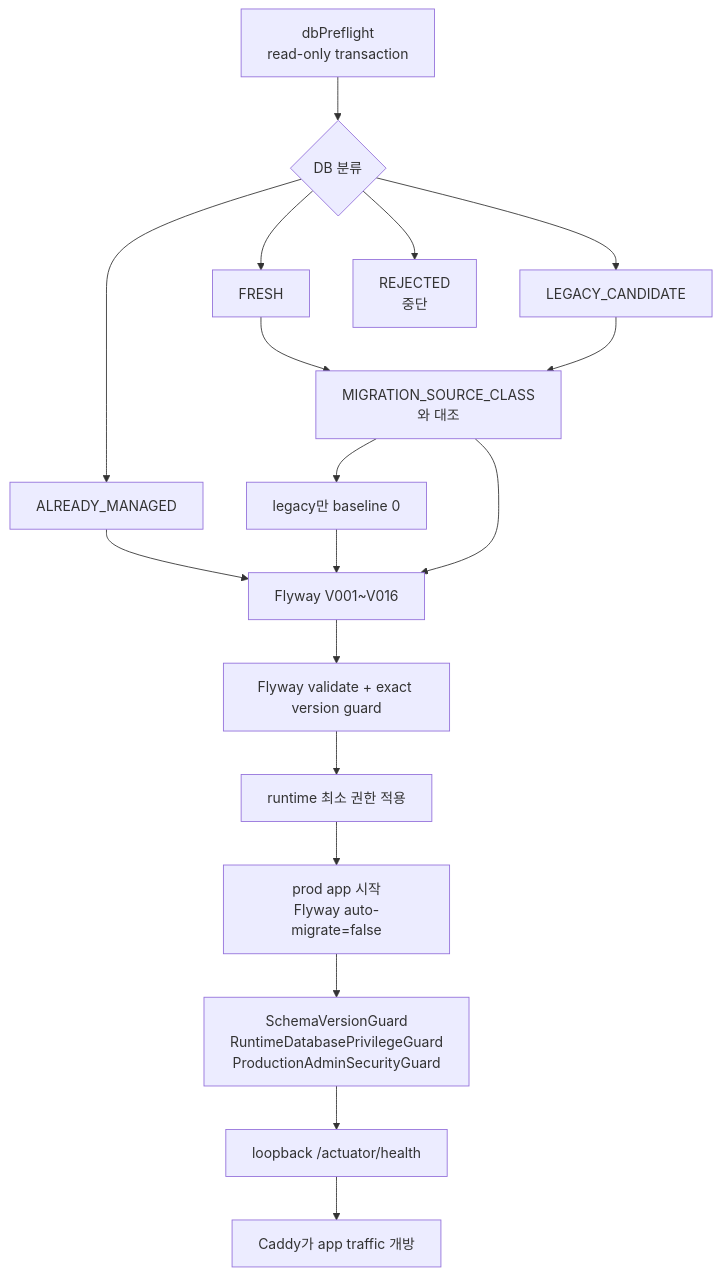
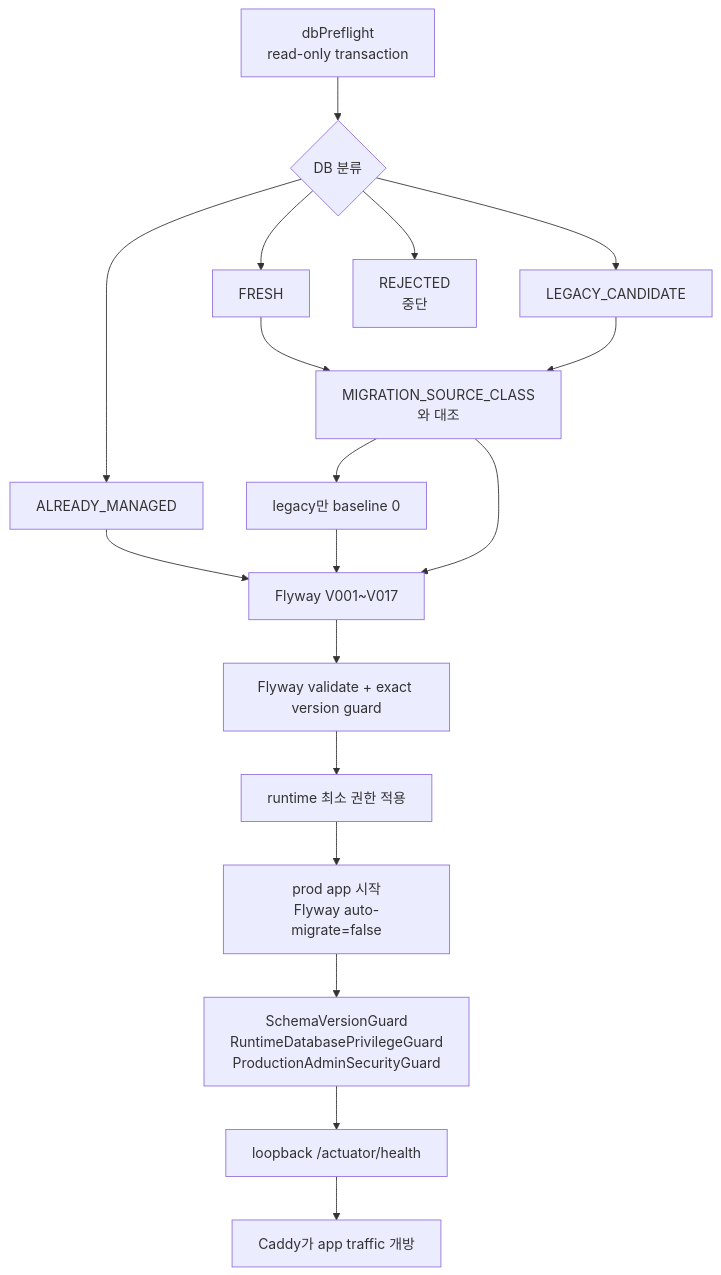
One commit to jinhokingofworld/attend changed diagram 23 of 25 in docs/CURRENT_CODE_STUDY_GUIDE.md. Above: the diagram before and after it, drawn with Mermaid. The commit also changed other lines of this file and 40 other files, not shown here.

````diff
--- a/docs/CURRENT_CODE_STUDY_GUIDE.md
+++ b/docs/CURRENT_CODE_STUDY_GUIDE.md
@@ -782,27 +786,27 @@
 ```mermaid
 flowchart TD
     Preflight["dbPreflight<br/>read-only transaction"]
     Class{"DB 분류"}
     Fresh["FRESH"]
     Legacy["LEGACY_CANDIDATE"]
     Managed["ALREADY_MANAGED"]
     Reject["REJECTED<br/>중단"]
     Approval["MIGRATION_SOURCE_CLASS와 대조"]
     Baseline["legacy만 baseline 0"]
-    Migrate["Flyway V001~V016"]
+    Migrate["Flyway V001~V017"]
     Validate["Flyway validate + exact version guard"]
     Grants["runtime 최소 권한 적용"]
     Start["prod app 시작<br/>Flyway auto-migrate=false"]
     RuntimeGuard["SchemaVersionGuard<br/>RuntimeDatabasePrivilegeGuard<br/>ProductionAdminSecurityGuard"]
     Health["loopback /actuator/health"]
     Proxy["Caddy가 app traffic 개방"]
 
     Preflight --> Class
     Class --> Fresh --> Approval
     Class --> Legacy --> Approval
     Class --> Managed --> Migrate
     Class --> Reject
     Approval --> Baseline --> Migrate
     Approval --> Migrate
     Migrate --> Validate --> Grants --> Start --> RuntimeGuard --> Health --> Proxy
 ```
````
